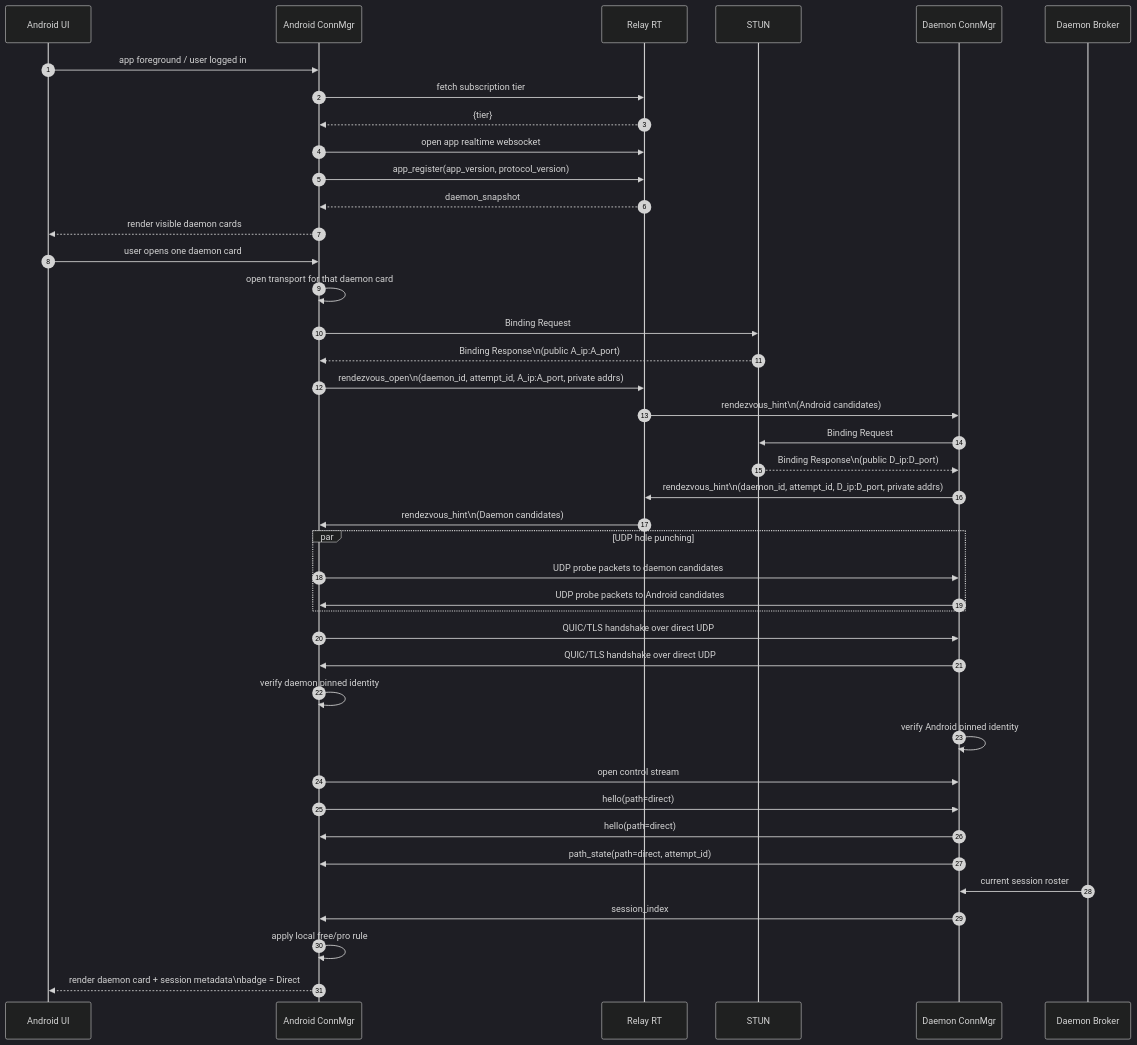
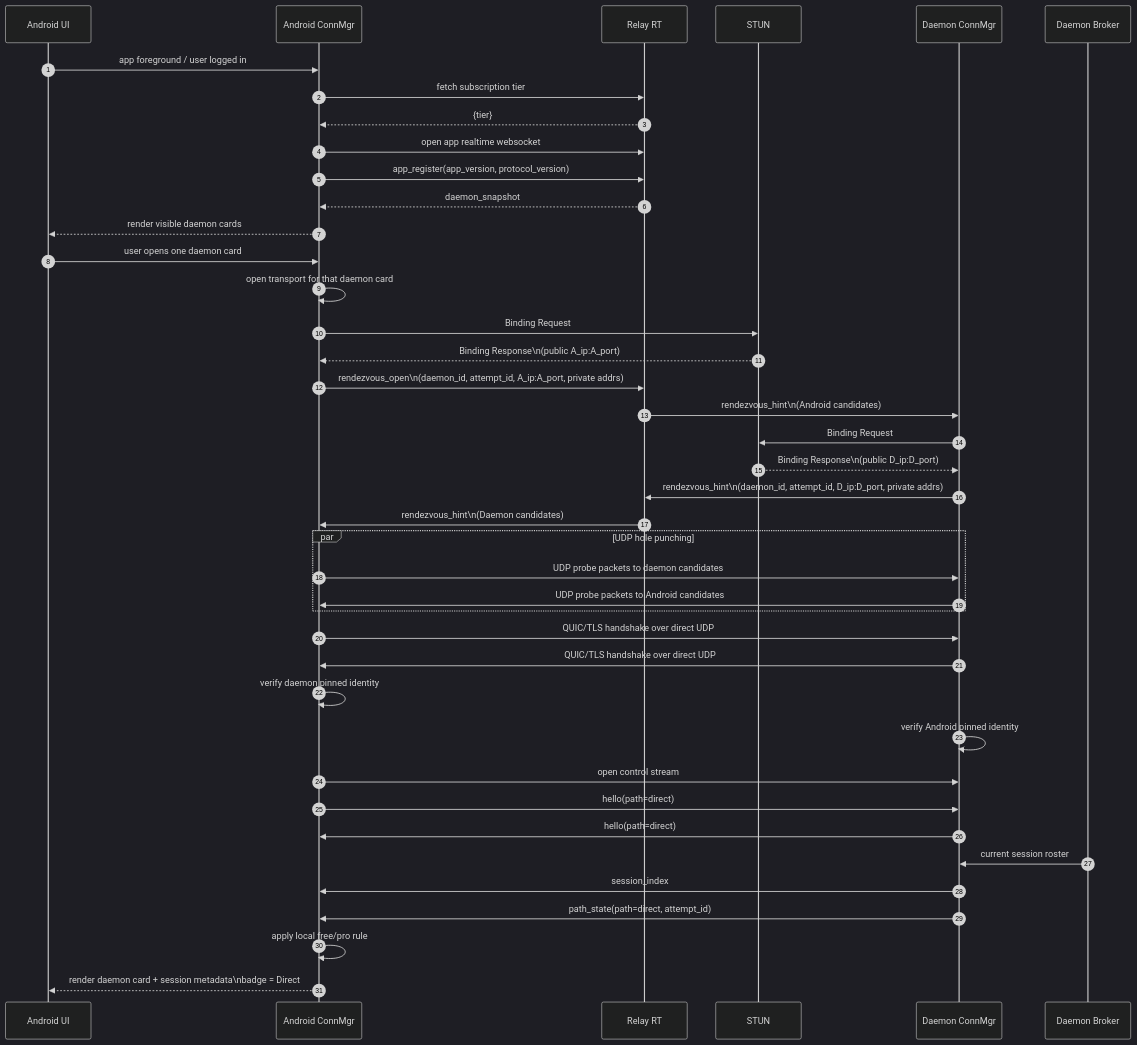
The third of 8 diagrams in docs/connectivity/reference/sequence-flows.md (yuanbohan/agent-tunnel), drawn with Mermaid (dark theme) before and after one commit. The commit also changed other lines of this file and 41 other files, not shown here.

````diff
--- a/docs/connectivity/reference/sequence-flows.md
+++ b/docs/connectivity/reference/sequence-flows.md
@@ -107,49 +107,49 @@
 ```mermaid
 sequenceDiagram
     autonumber
     participant AndroidUI as Android UI
     participant AndroidConn as Android ConnMgr
     participant RelayRT as Relay RT
     participant STUN
     participant DaemonConn as Daemon ConnMgr
     participant DaemonBroker as Daemon Broker
 
     AndroidUI->>AndroidConn: app foreground / user logged in
     AndroidConn->>RelayRT: fetch subscription tier
     RelayRT-->>AndroidConn: {tier}
     AndroidConn->>RelayRT: open app realtime websocket
     AndroidConn->>RelayRT: app_register(app_version, protocol_version)
     RelayRT-->>AndroidConn: daemon_snapshot
     AndroidConn-->>AndroidUI: render visible daemon cards
 
     AndroidUI->>AndroidConn: user opens one daemon card
     AndroidConn->>AndroidConn: open transport for that daemon card
     AndroidConn->>STUN: Binding Request
     STUN-->>AndroidConn: Binding Response\n(public A_ip:A_port)
 
     AndroidConn->>RelayRT: rendezvous_open\n(daemon_id, attempt_id, A_ip:A_port, private addrs)
     RelayRT->>DaemonConn: rendezvous_hint\n(Android candidates)
     DaemonConn->>STUN: Binding Request
     STUN-->>DaemonConn: Binding Response\n(public D_ip:D_port)
     DaemonConn->>RelayRT: rendezvous_hint\n(daemon_id, attempt_id, D_ip:D_port, private addrs)
     RelayRT->>AndroidConn: rendezvous_hint\n(Daemon candidates)
 
     par UDP hole punching
         AndroidConn->>DaemonConn: UDP probe packets to daemon candidates
         DaemonConn->>AndroidConn: UDP probe packets to Android candidates
     end
 
     AndroidConn->>DaemonConn: QUIC/TLS handshake over direct UDP
     DaemonConn->>AndroidConn: QUIC/TLS handshake over direct UDP
     AndroidConn->>AndroidConn: verify daemon pinned identity
     DaemonConn->>DaemonConn: verify Android pinned identity
 
     AndroidConn->>DaemonConn: open control stream
     AndroidConn->>DaemonConn: hello(path=direct)
     DaemonConn->>AndroidConn: hello(path=direct)
-    DaemonConn->>AndroidConn: path_state(path=direct, attempt_id)
     DaemonBroker->>DaemonConn: current session roster
     DaemonConn->>AndroidConn: session_index
+    DaemonConn->>AndroidConn: path_state(path=direct, attempt_id)
     AndroidConn->>AndroidConn: apply local free/pro rule
     AndroidConn-->>AndroidUI: render daemon card + session metadata\nbadge = Direct
 ```
````
